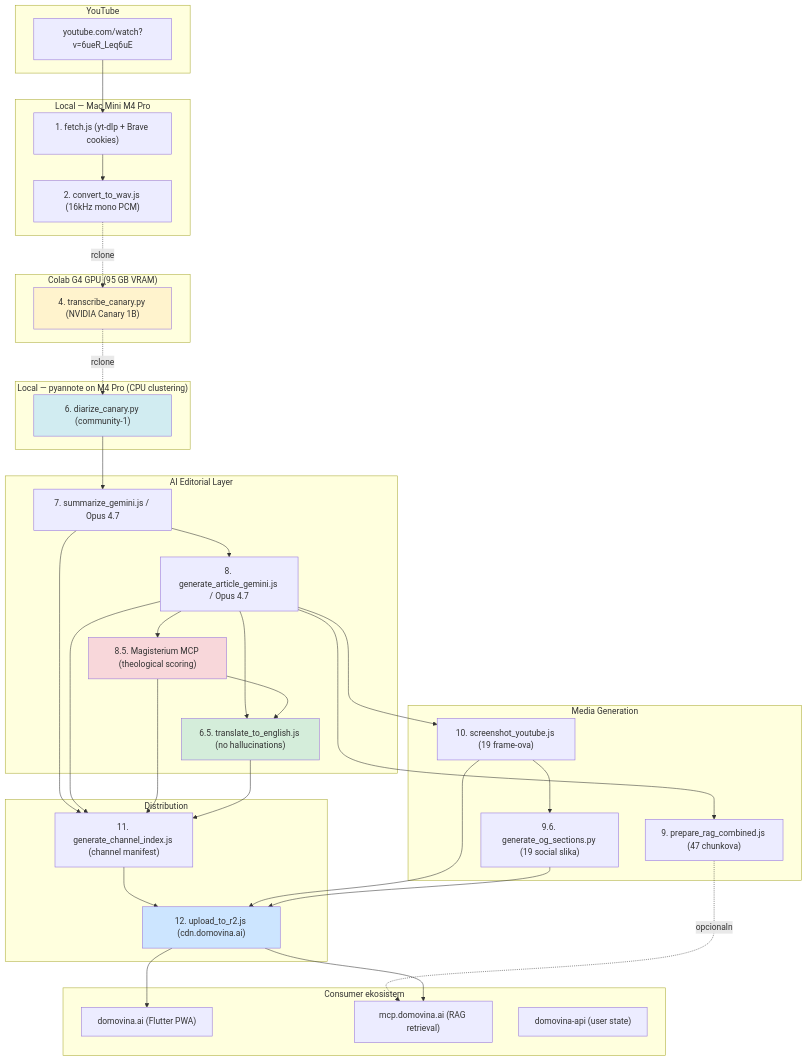
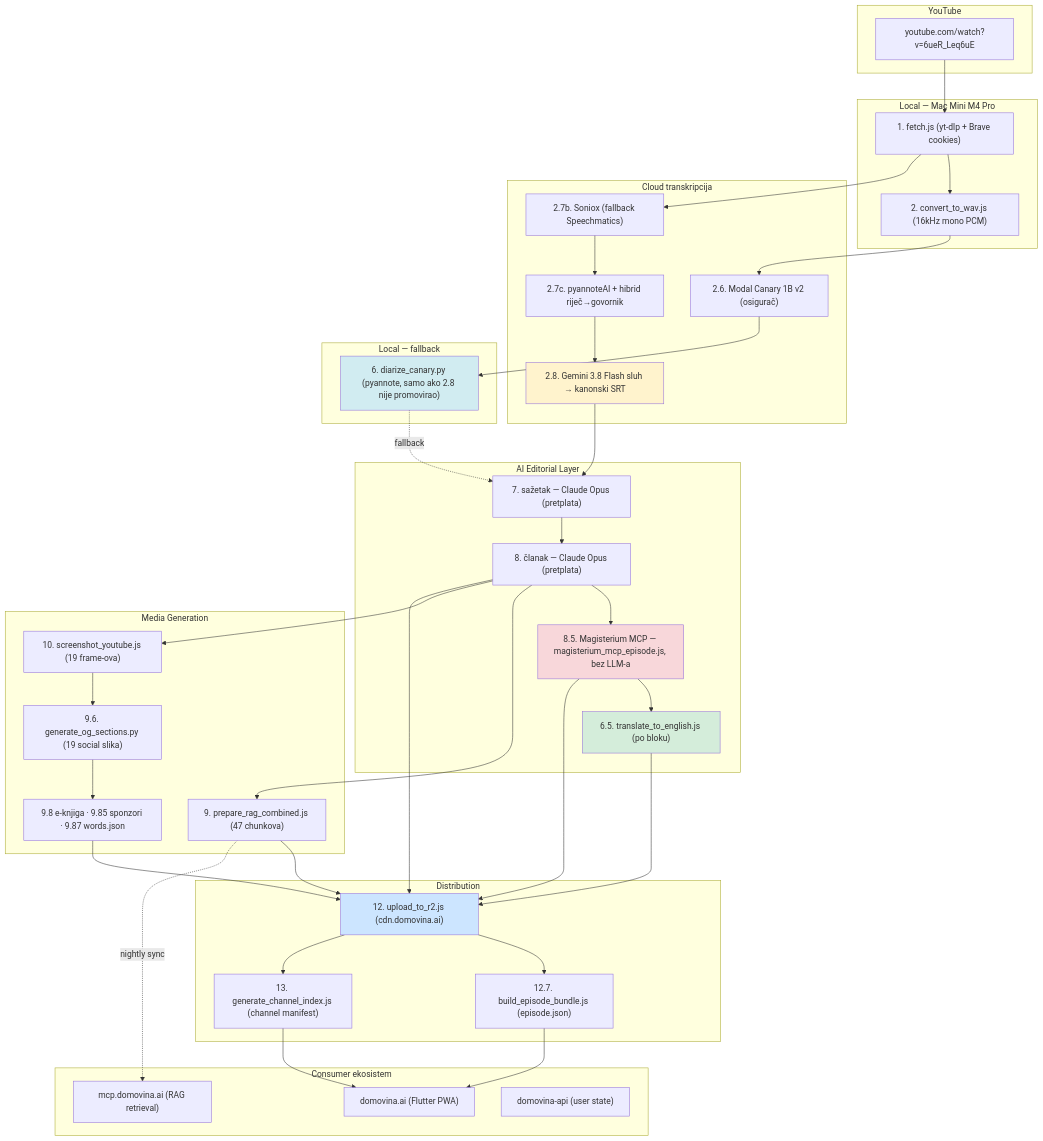
The first of 11 diagrams in docs/PIPELINE.md (domovinatv/fetch.domovina.tv), drawn with Mermaid before and after one commit. The commit also changed other lines of this file and 6 other files, not shown here.

First line of the commit message:
docs(pipeline): mermaid dijagrami usklađeni sa stanjem od 24.10.

````diff
--- a/docs/PIPELINE.md
+++ b/docs/PIPELINE.md
@@ -23,68 +30,74 @@
 ```mermaid
 flowchart TB
     subgraph YT["YouTube"]
         URL["youtube.com/watch?v=6ueR_Leq6uE"]
     end
 
     subgraph LOCAL["Local — Mac Mini M4 Pro"]
         FETCH["1. fetch.js (yt-dlp + Brave cookies)"]
         WAV["2. convert_to_wav.js (16kHz mono PCM)"]
     end
 
-    subgraph COLAB["Colab G4 GPU (95 GB VRAM)"]
-        CANARY["4. transcribe_canary.py (NVIDIA Canary 1B)"]
+    subgraph CLOUD["Cloud transkripcija"]
+        CANARY["2.6. Modal Canary 1B v2 (osigurač)"]
+        SONIOX["2.7b. Soniox (fallback Speechmatics)"]
+        PYAI["2.7c. pyannoteAI + hibrid riječ→govornik"]
+        REFINE["2.8. Gemini 3.8 Flash sluh → kanonski SRT"]
     end
 
-    subgraph MAC["Local — pyannote on M4 Pro (CPU clustering)"]
-        DIAR["6. diarize_canary.py (community-1)"]
+    subgraph MAC["Local — fallback"]
+        DIAR["6. diarize_canary.py (pyannote, samo ako 2.8 nije promovirao)"]
     end
 
     subgraph AI["AI Editorial Layer"]
-        SUM["7. summarize_gemini.js / Opus 4.7"]
-        ART["8. generate_article_gemini.js / Opus 4.7"]
-        MAG["8.5. Magisterium MCP (theological scoring)"]
-        TRANS["6.5. translate_to_english.js (no hallucinations)"]
+        SUM["7. sažetak — Claude Opus (pretplata)"]
+        ART["8. članak — Claude Opus (pretplata)"]
+        MAG["8.5. Magisterium MCP — magisterium_mcp_episode.js, bez LLM-a"]
+        TRANS["6.5. translate_to_english.js (po bloku)"]
     end
 
     subgraph MEDIA["Media Generation"]
         RAG["9. prepare_rag_combined.js (47 chunkova)"]
         SS["10. screenshot_youtube.js (19 frame-ova)"]
         OG["9.6. generate_og_sections.py (19 social slika)"]
+        EXTRA["9.8 e-knjiga · 9.85 sponzori · 9.87 words.json"]
     end
 
     subgraph DIST["Distribution"]
-        IDX["11. generate_channel_index.js (channel manifest)"]
         R2["12. upload_to_r2.js (cdn.domovina.ai)"]
+        BUNDLE["12.7. build_episode_bundle.js (episode.json)"]
+        IDX["13. generate_channel_index.js (channel manifest)"]
     end
 
     subgraph CONSUMERS["Consumer ekosistem"]
         FLUTTER["domovina.ai (Flutter PWA)"]
         MCP["mcp.domovina.ai (RAG retrieval)"]
         SUPABASE["domovina-api (user state)"]
     end
 
-    URL --> FETCH --> WAV
-    WAV -.rclone.-> CANARY
-    CANARY -.rclone.-> DIAR
-    DIAR --> SUM --> ART --> MAG
-    ART --> TRANS
+    URL --> FETCH --> WAV --> CANARY
+    FETCH --> SONIOX --> PYAI --> REFINE
+    CANARY --> DIAR
+    REFINE --> SUM
+    DIAR -.fallback.-> SUM
+    SUM --> ART --> MAG
     MAG --> TRANS
     ART --> RAG
-    ART --> SS --> OG
-    SUM --> IDX
-    ART --> IDX
-    MAG --> IDX
-    TRANS --> IDX
-    IDX --> R2
-    SS --> R2
-    OG --> R2
-    RAG -.opcionalno.-> MCP
-    R2 --> FLUTTER
-    R2 --> MCP
+    ART --> SS --> OG --> EXTRA
+    ART --> R2
+    RAG --> R2
+    EXTRA --> R2
+    MAG --> R2
+    TRANS --> R2
+    R2 --> BUNDLE
+    R2 --> IDX
+    RAG -.nightly sync.-> MCP
+    BUNDLE --> FLUTTER
+    IDX --> FLUTTER
 
-    style CANARY fill:#fff3cd
+    style REFINE fill:#fff3cd
     style DIAR fill:#d1ecf1
     style MAG fill:#f8d7da
     style TRANS fill:#d4edda
     style R2 fill:#cce5ff
 ```
````
